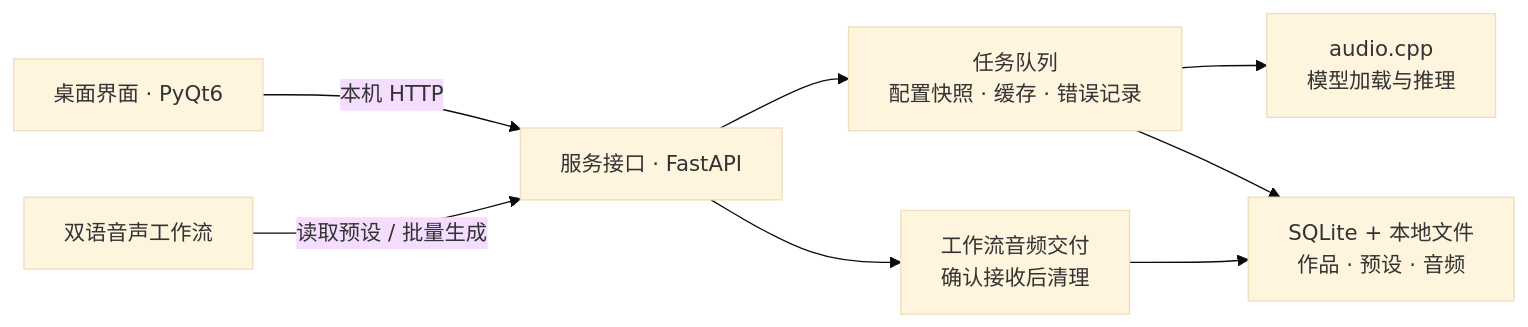
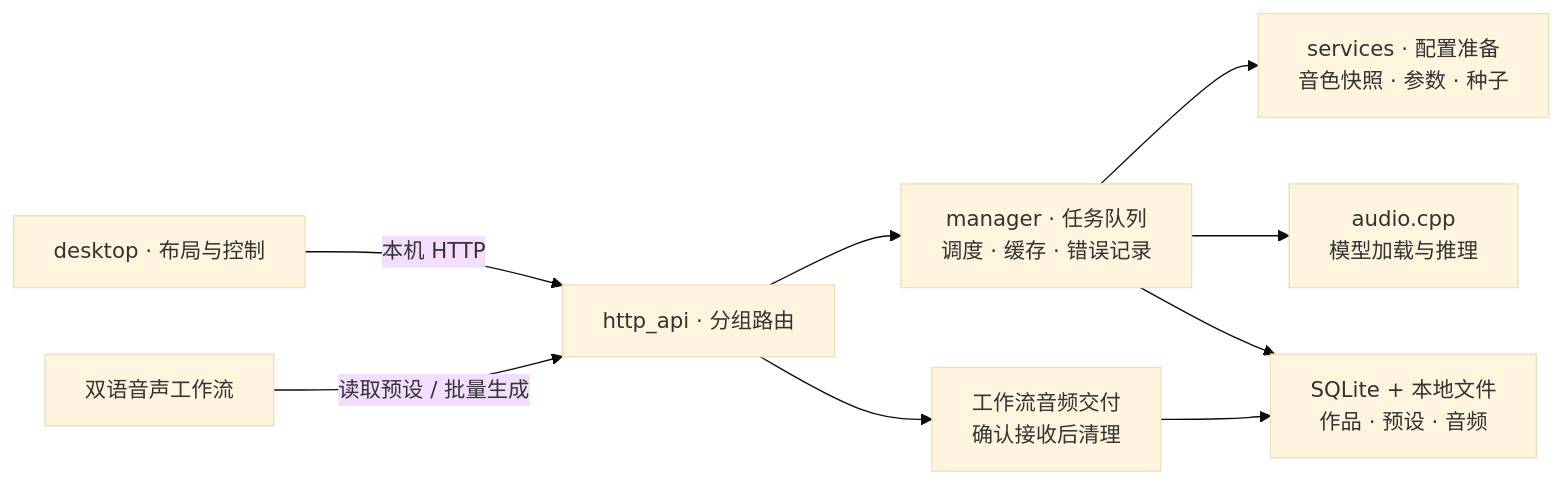
The diagram in README.md (weizhigao21/shengjian-tts), drawn with Mermaid (base theme) before and after one commit. The commit also changed other lines of this file and 59 other files, not shown here.

Commit message:
Modularize desktop, HTTP routes and generation services; document dialogue mode

````diff
--- a/README.md
+++ b/README.md
@@ -203,10 +205,11 @@
 ```mermaid
 flowchart LR
-    UI["桌面界面 · PyQt6"] -->|本机 HTTP| API["服务接口 · FastAPI"]
+    UI["desktop · 布局与控制"] -->|本机 HTTP| API["http_api · 分组路由"]
     WORKFLOW["双语音声工作流"] -->|读取预设 / 批量生成| API
-    API --> QUEUE["任务队列<br/>配置快照 · 缓存 · 错误记录"]
+    API --> QUEUE["manager · 任务队列<br/>调度 · 缓存 · 错误记录"]
+    QUEUE --> PREPARE["services · 配置准备<br/>音色快照 · 参数 · 种子"]
     QUEUE --> ENGINE["audio.cpp<br/>模型加载与推理"]
     QUEUE --> DATA["SQLite + 本地文件<br/>作品 · 预设 · 音频"]
     API --> DELIVERY["工作流音频交付<br/>确认接收后清理"]
     DELIVERY --> DATA
 ```
````
